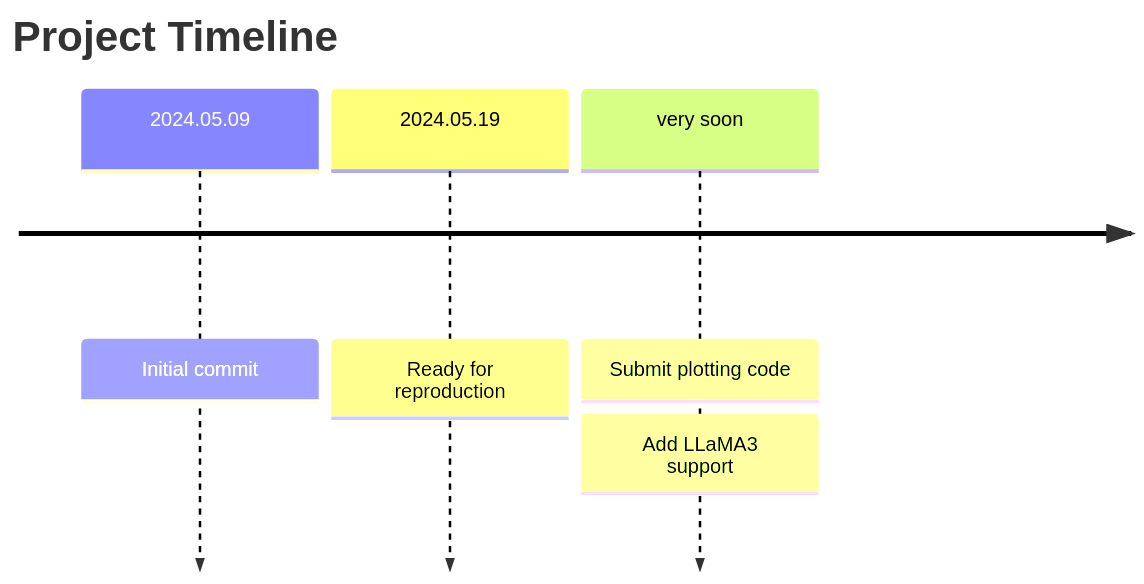
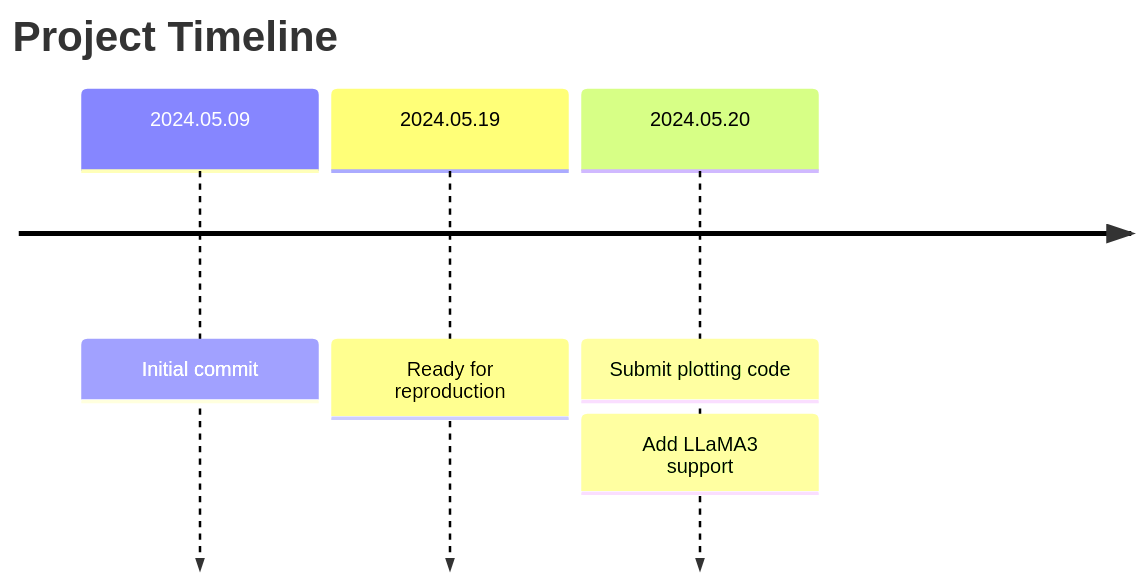
Before and after one commit to LoveCatc/supervised-llm-uncertainty-estimation: the diagram in readme.md, drawn with Mermaid. The commit also changed 8 other files, not shown here.

````diff
--- a/readme.md
+++ b/readme.md
@@ -7,7 +7,7 @@
 ```mermaid
 timeline
     title Project Timeline
     2024.05.09 : Initial commit
     2024.05.19 : Ready for reproduction
-    very soon  : Submit plotting code : Add LLaMA3 support
+    2024.05.20 : Submit plotting code : Add LLaMA3 support
 ```
````
